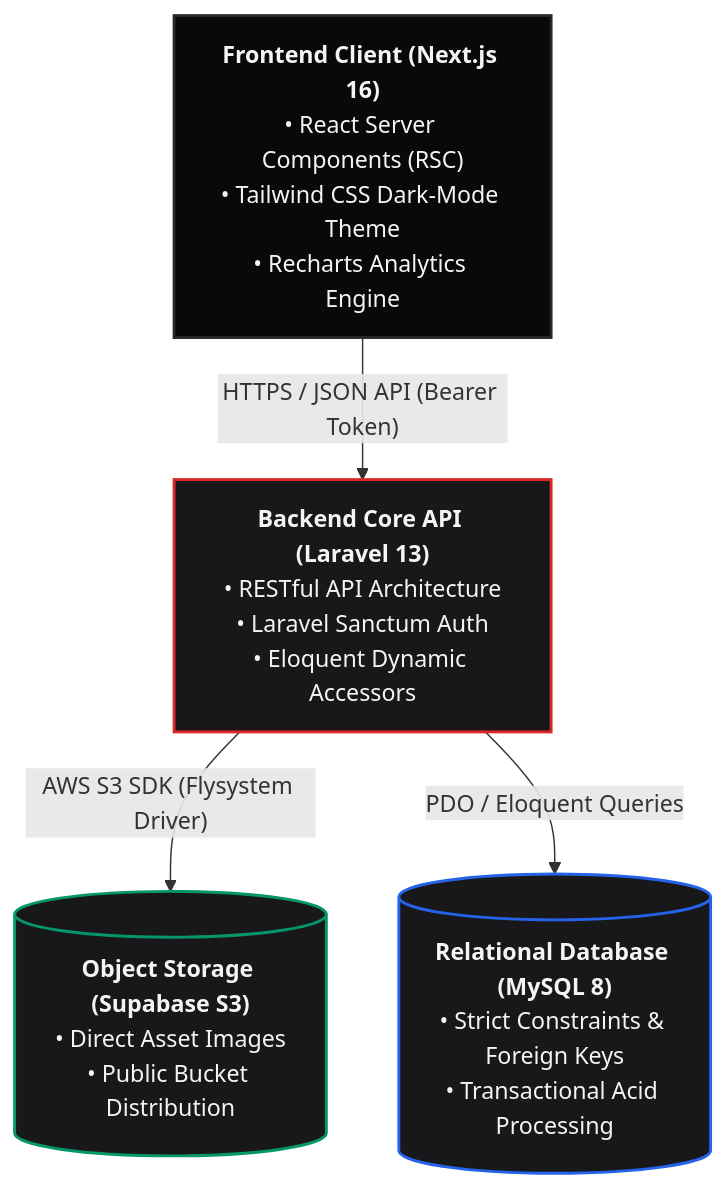
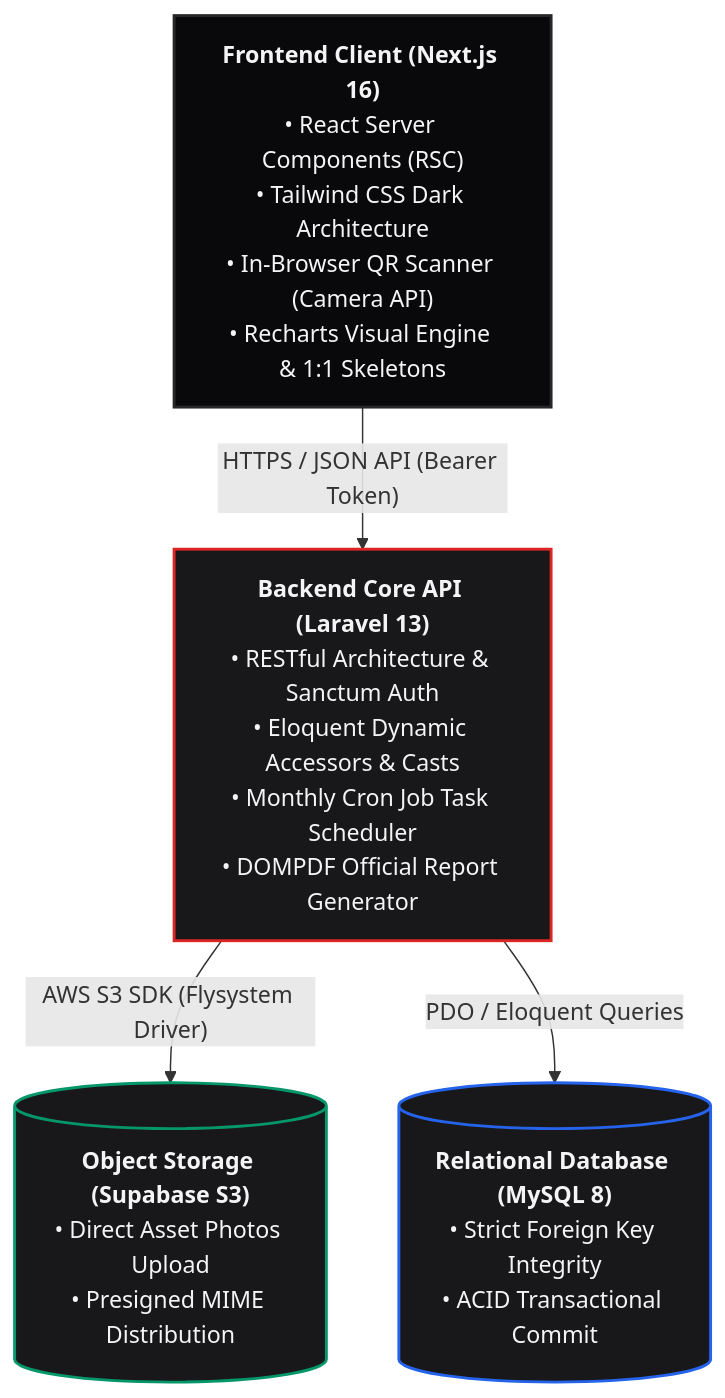
The diagram in README.md (Kazhtova/SayPraz), drawn with Mermaid before and after one commit. The commit also changed other lines of this file, not shown here.

````diff
--- a/README.md
+++ b/README.md
@@ -46,16 +45,17 @@
 ```mermaid
 graph TD
     classDef client fill:#09090b,stroke:#27272a,stroke-width:2px,color:#f4f4f5;
     classDef backend fill:#18181b,stroke:#dc2626,stroke-width:2px,color:#f4f4f5;
     classDef storage fill:#18181b,stroke:#059669,stroke-width:2px,color:#f4f4f5;
     classDef db fill:#18181b,stroke:#2563eb,stroke-width:2px,color:#f4f4f5;
 
-    Frontend["<b>Frontend Client (Next.js 16)</b><br/>• React Server Components (RSC)<br/>• Tailwind CSS Dark-Mode Theme<br/>• Recharts Analytics Engine"]:::client
-    Backend["<b>Backend Core API (Laravel 13)</b><br/>• RESTful API Architecture<br/>• Laravel Sanctum Auth<br/>• Eloquent Dynamic Accessors"]:::backend
-    ObjectStorage[("<b>Object Storage (Supabase S3)</b><br/>• Direct Asset Images<br/>• Public Bucket Distribution")]:::storage
-    RelationalDB[("<b>Relational Database (MySQL 8)</b><br/>• Strict Constraints & Foreign Keys<br/>• Transactional Acid Processing")]:::db
+    Frontend["<b>Frontend Client (Next.js 16)</b><br/>• React Server Components (RSC)<br/>• Tailwind CSS Dark Architecture<br/>• In-Browser QR Scanner (Camera API)<br/>• Recharts Visual Engine & 1:1 Skeletons"]:::client
+    Backend["<b>Backend Core API (Laravel 13)</b><br/>• RESTful Architecture & Sanctum Auth<br/>• Eloquent Dynamic Accessors & Casts<br/>• Monthly Cron Job Task Scheduler<br/>• DOMPDF Official Report Generator"]:::backend
+    ObjectStorage[("<b>Object Storage (Supabase S3)</b><br/>• Direct Asset Photos Upload<br/>• Presigned MIME Distribution")]:::storage
+    RelationalDB[("<b>Relational Database (MySQL 8)</b><br/>• Strict Foreign Key Integrity<br/>• ACID Transactional Commit")]:::db
 
     Frontend -->|"HTTPS / JSON API (Bearer Token)"| Backend
     Backend -->|"AWS S3 SDK (Flysystem Driver)"| ObjectStorage
     Backend -->|"PDO / Eloquent Queries"| RelationalDB
+
 ```
````
